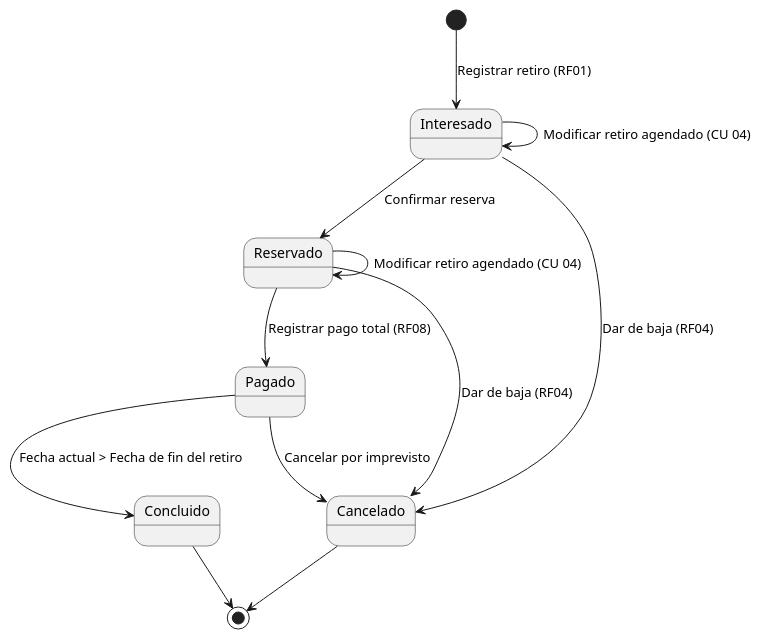
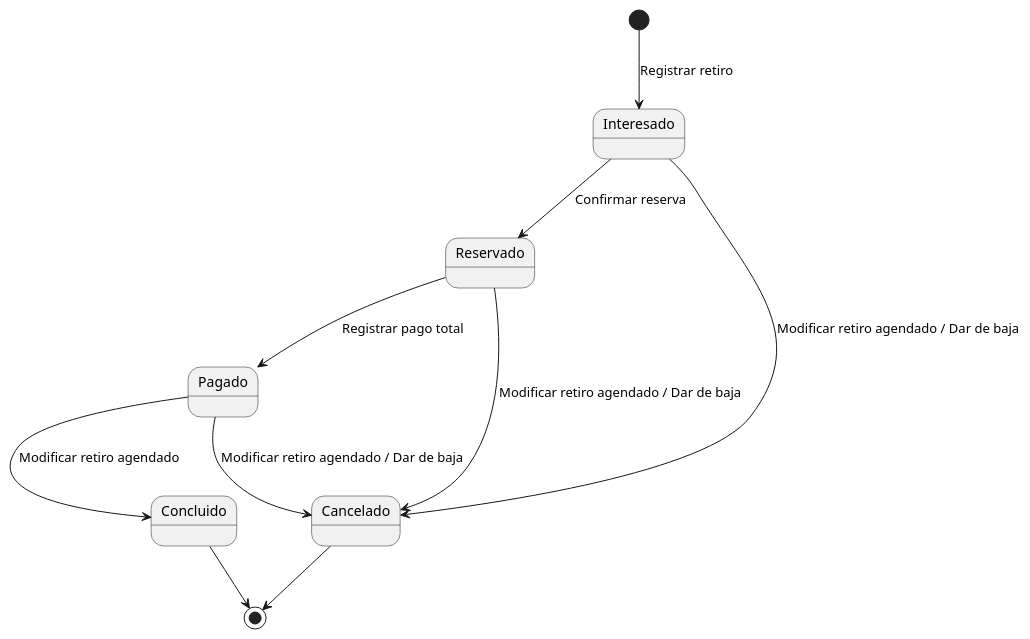
Before and after one commit to Luca-Tittarelli/tpi-asi: the diagram in diagramaDeEstados.puml, drawn with PlantUML. The commit also changed 7 other files, not shown here.

Commit message:
Correcciones en el diagrama de transicion de estados y en la carpeta de los casos de uso

```diff
--- a/diagramaDeEstados.puml
+++ b/diagramaDeEstados.puml
@@ -1,20 +1,18 @@
 @startuml diagramaDeEstados
 skinparam Monochrome true
 
-[*] --> Interesado : Registrar retiro (RF01)
+[*] --> Interesado : Registrar retiro
 
 Interesado --> Reservado : Confirmar reserva
-Interesado --> Cancelado : Dar de baja (RF04)
-Interesado --> Interesado : Modificar retiro agendado (CU 04)
+Interesado --> Cancelado : Modificar retiro agendado / Dar de baja
 
-Reservado --> Pagado : Registrar pago total (RF08)
-Reservado --> Cancelado : Dar de baja (RF04)
-Reservado --> Reservado : Modificar retiro agendado (CU 04)
+Reservado --> Pagado : Registrar pago total
+Reservado --> Cancelado : Modificar retiro agendado / Dar de baja
 
-Pagado --> Concluido : Fecha actual > Fecha de fin del retiro
-Pagado --> Cancelado : Cancelar por imprevisto
+Pagado --> Concluido : Modificar retiro agendado
+Pagado --> Cancelado : Modificar retiro agendado / Dar de baja
 
 Concluido --> [*]
 Cancelado --> [*]
 
 @enduml
```
